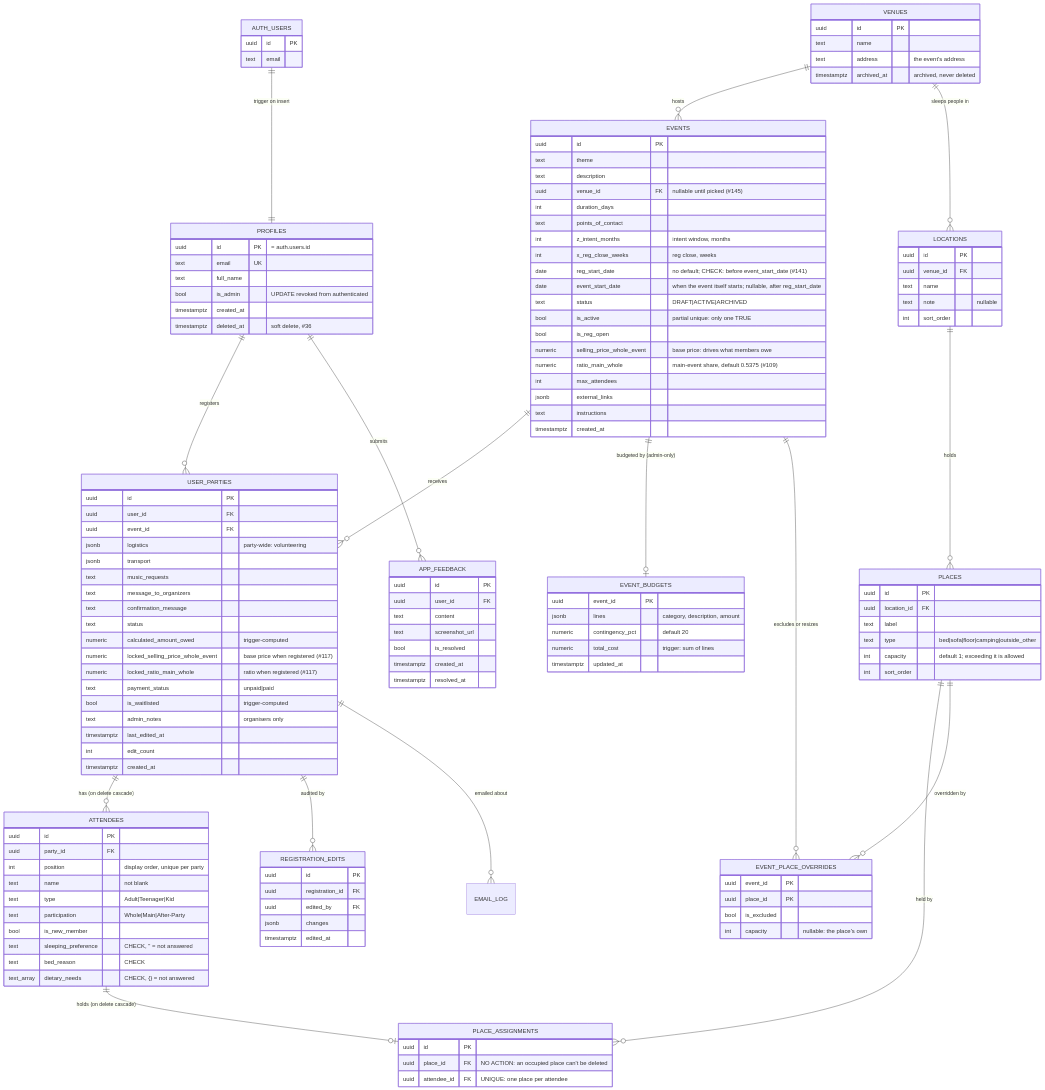
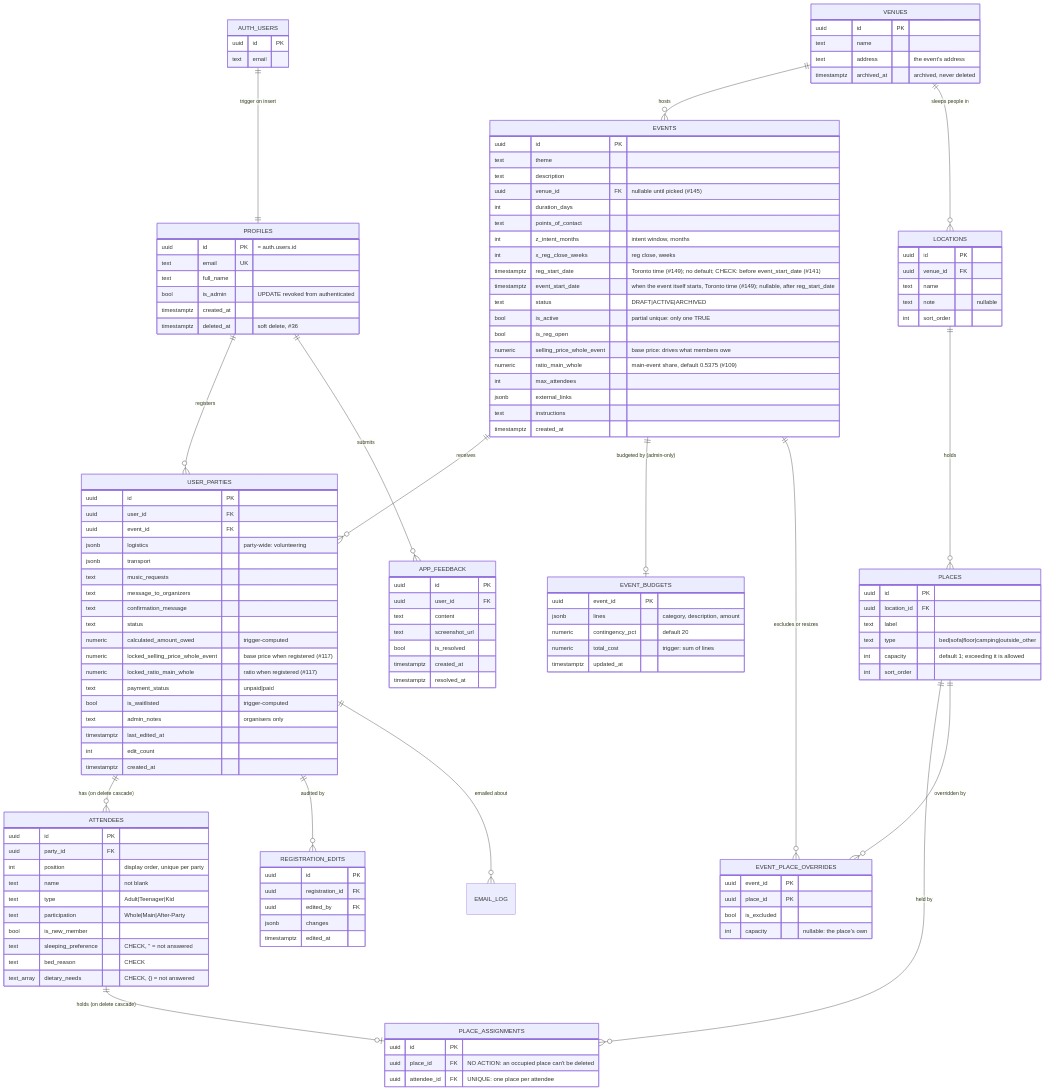
The first of 2 diagrams in docs/03-data-model.md (YULmix/yulmix-la-bedaine), drawn with Mermaid before and after one commit. The commit also changed other lines of this file and 18 other files, not shown here.

First line of the commit message:
feat(events): event start and registration opening take a date and time, in Toronto time (#149) (#171)

```diff
--- a/docs/03-data-model.md
+++ b/docs/03-data-model.md
@@ -46,8 +46,8 @@
     text points_of_contact
     int z_intent_months "intent window, months"
     int x_reg_close_weeks "reg close, weeks"
-    date reg_start_date "no default; CHECK: before event_start_date (#141)"
-    date event_start_date "when the event itself starts; nullable, after reg_start_date"
+    timestamptz reg_start_date "Toronto time (#149); no default; CHECK: before event_start_date (#141)"
+    timestamptz event_start_date "when the event itself starts, Toronto time (#149); nullable, after reg_start_date"
     text status "DRAFT|ACTIVE|ARCHIVED"
     bool is_active "partial unique: only one TRUE"
     bool is_reg_open
```
